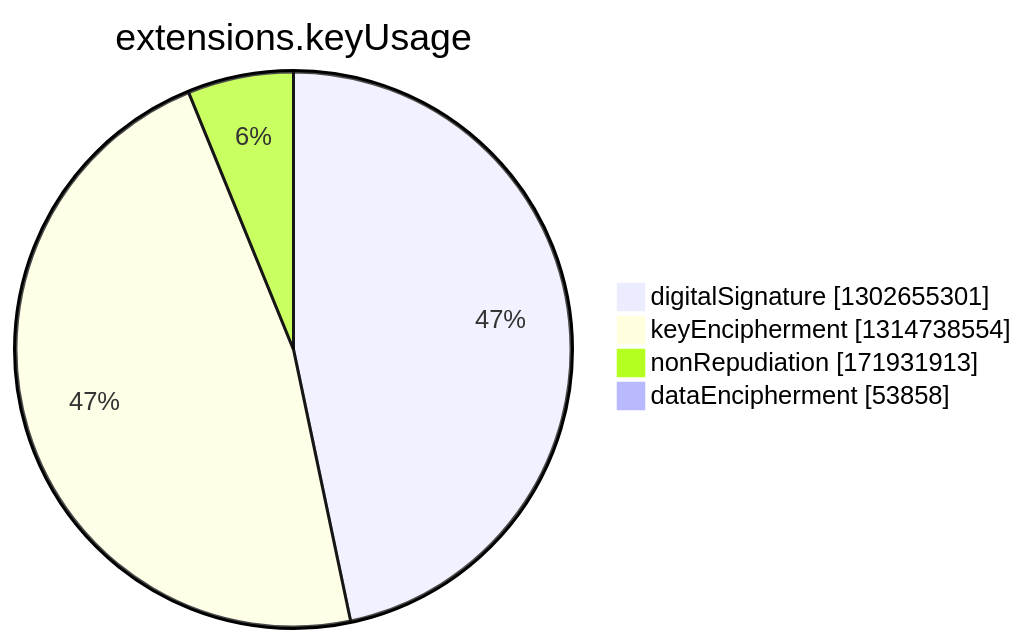
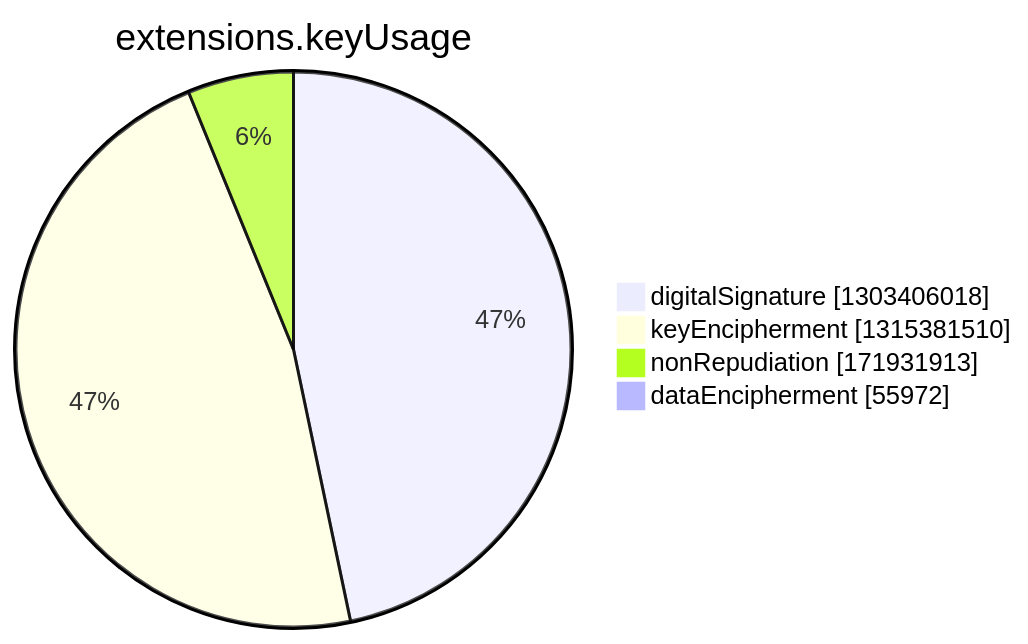
One commit to christiankrug/ctmonitor_visualization changed the seventh of 15 diagrams in argon2022/README.md. Above: the diagram before and after it, drawn with Mermaid. The commit also changed other lines of this file, not shown here.

````diff
--- a/argon2022/README.md
+++ b/argon2022/README.md
@@ -2749,8 +2749,8 @@
 ```mermaid
 pie showData
 title extensions.keyUsage
-"digitalSignature" :1302655301
-"keyEncipherment" :1314738554
+"digitalSignature" :1303406018
+"keyEncipherment" :1315381510
 "nonRepudiation" :171931913
-"dataEncipherment" :53858
+"dataEncipherment" :55972
 ```
````
